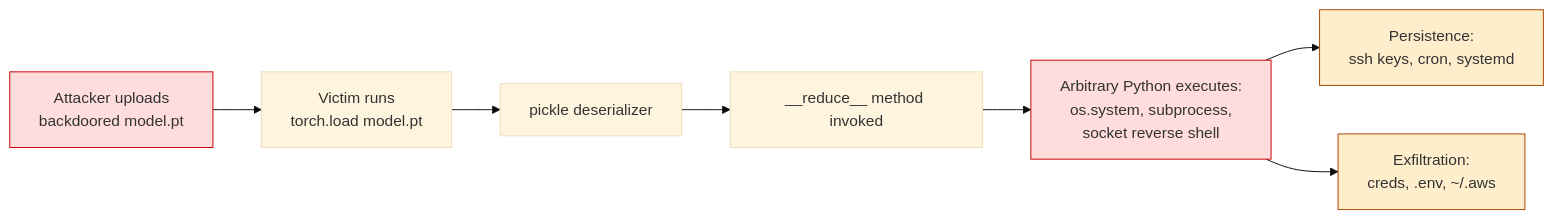
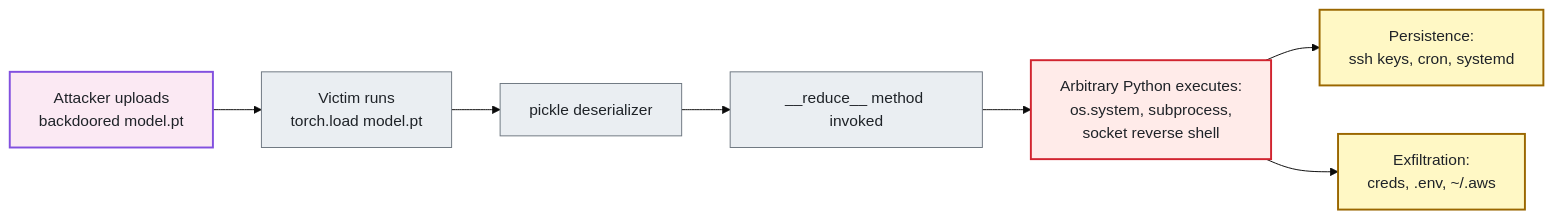
One commit to depalmar/ai-dfir-toolkit changed the fifth of 8 diagrams in docs/ai-dfir-investigation-guide.md. Above: the diagram before and after it, drawn with Mermaid (base theme). The commit also changed other lines of this file, not shown here.

Commit message:
Restyle Mermaid diagrams with GitHub Primer palette for light/dark mode legibility

````diff
--- a/docs/ai-dfir-investigation-guide.md
+++ b/docs/ai-dfir-investigation-guide.md
@@ -311,14 +337,19 @@
 ```mermaid
 flowchart LR
     A[Attacker uploads<br/>backdoored model.pt] --> B[Victim runs<br/>torch.load model.pt]
     B --> C[pickle deserializer]
     C --> D[__reduce__ method invoked]
     D --> E[Arbitrary Python executes:<br/>os.system, subprocess,<br/>socket reverse shell]
     E --> F[Persistence:<br/>ssh keys, cron, systemd]
     E --> G[Exfiltration:<br/>creds, .env, ~/.aws]
 
-    style A fill:#fdd,stroke:#c00
-    style E fill:#fdd,stroke:#c00
-    style F fill:#fec,stroke:#a40
-    style G fill:#fec,stroke:#a40
+    classDef attacker fill:#fbe9f3,stroke:#8250df,stroke-width:2px,color:#1f2328
+    classDef victim fill:#eaeef2,stroke:#6e7781,stroke-width:1px,color:#1f2328
+    classDef danger fill:#ffebe9,stroke:#d1242f,stroke-width:2px,color:#1f2328
+    classDef warn fill:#fff8c5,stroke:#9a6700,stroke-width:2px,color:#1f2328
+
+    class A attacker
+    class B,C,D victim
+    class E danger
+    class F,G warn
 ```
````
